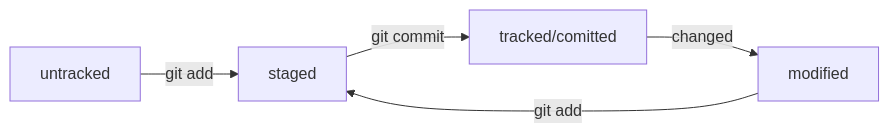
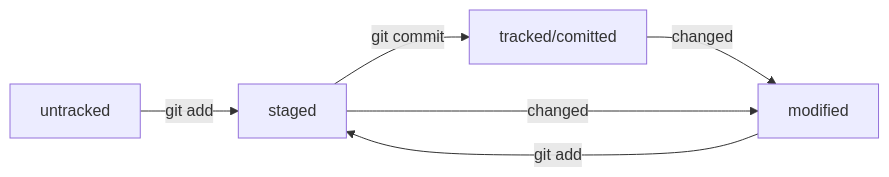
Before and after one commit to AlexSlobodskoj/Git_Help: the diagram in readme.md, drawn with Mermaid.

Commit message:
закончил схему

````diff
--- a/readme.md
+++ b/readme.md
@@ -35,7 +35,8 @@
 ```mermaid
 graph LR;
   untracked -- "git add" --> staged;
   staged    -- "git commit"     --> tracked/comitted;
   tracked/comitted -- "changed" --> modified;
   modified -- "git add" --> staged;
+  staged -- "changed" --> modified;
 ``` 
````
